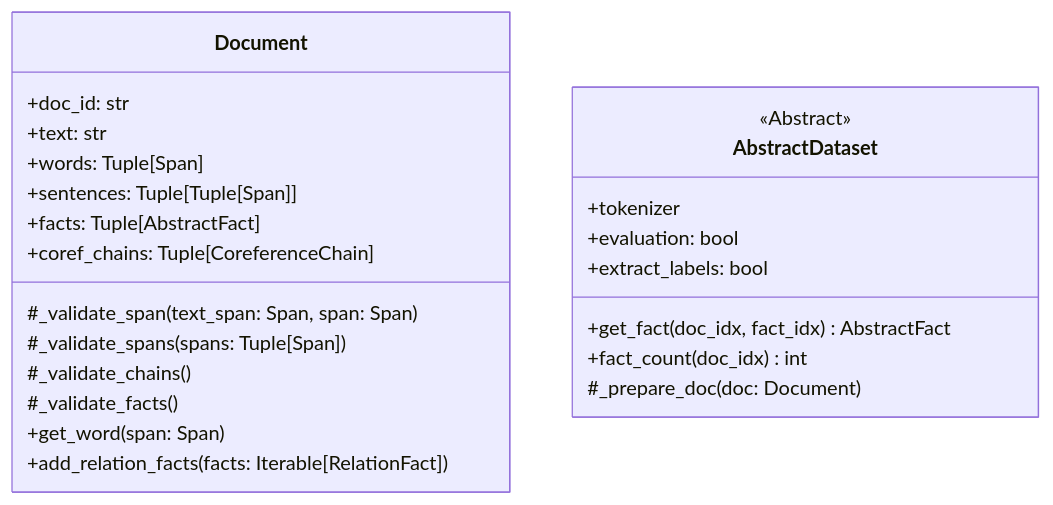
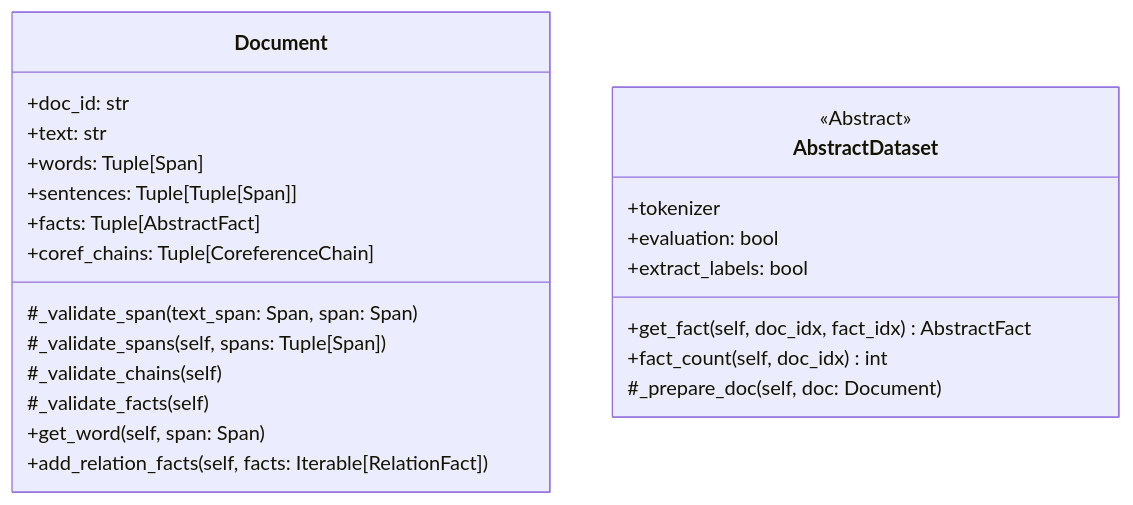
Before and after one commit to phos-phophy/creed: the third of 4 diagrams in README.md, drawn with Mermaid. The commit also changed other lines of this file, not shown here.

Commit message:
Fix functions' signatures

````diff
--- a/README.md
+++ b/README.md
@@ -118,28 +118,28 @@
 ```mermaid
 classDiagram
 direction TB
    class Document{
       +doc_id: str
       +text: str
       +words: Tuple[Span]
       +sentences: Tuple[Tuple[Span]]
       +facts: Tuple[AbstractFact]
       +coref_chains: Tuple[CoreferenceChain]
       #_validate_span(text_span: Span, span: Span)
-      #_validate_spans(spans: Tuple[Span])
-      #_validate_chains()
-      #_validate_facts()
-      +get_word(span: Span)
-      +add_relation_facts(facts: Iterable[RelationFact])
+      #_validate_spans(self, spans: Tuple[Span])
+      #_validate_chains(self)
+      #_validate_facts(self)
+      +get_word(self, span: Span)
+      +add_relation_facts(self, facts: Iterable[RelationFact])
    }
    
    class AbstractDataset{
       <<Abstract>>
       +tokenizer
       +evaluation: bool
       +extract_labels: bool
-      +get_fact(doc_idx, fact_idx) AbstractFact
-      +fact_count(doc_idx) int
-      #_prepare_doc(doc: Document)
+      +get_fact(self, doc_idx, fact_idx) AbstractFact
+      +fact_count(self, doc_idx) int
+      #_prepare_doc(self, doc: Document)
    }
 ```
````
